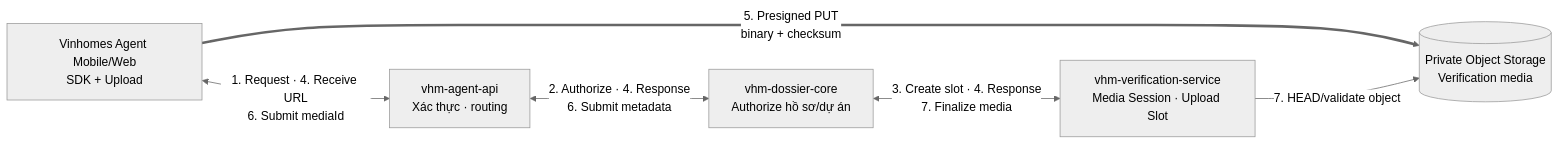
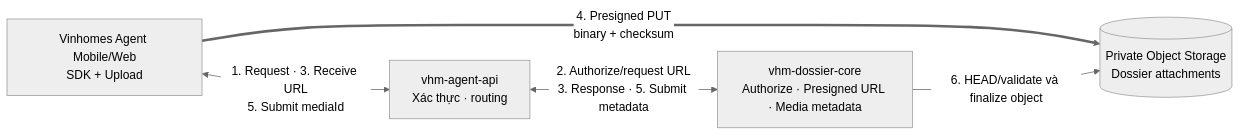
The first of 10 diagrams in noxh.md (huynv-xyz/vhm), drawn with Mermaid (neutral theme) before and after one commit. The commit also changed other lines of this file, not shown here.

````diff
--- a/noxh.md
+++ b/noxh.md
@@ -141,14 +141,12 @@
 ```mermaid
 flowchart LR
     AGENT["Vinhomes Agent Mobile/Web<br/>SDK + Upload"]
     BFF["vhm-agent-api<br/>Xác thực · routing"]
-    NOXH["vhm-dossier-core<br/>Authorize hồ sơ/dự án"]
-    VERIFY["vhm-verification-service<br/>Media Session · Upload Slot"]
-    MEDIA[("Private Object Storage<br/>Verification media")]
+    NOXH["vhm-dossier-core<br/>Authorize · Presigned URL · Media metadata"]
+    MEDIA[("Private Object Storage<br/>Dossier attachments")]
 
-    AGENT <-->|"1. Request · 4. Receive URL<br/>6. Submit mediaId"| BFF
-    BFF <-->|"2. Authorize · 4. Response<br/>6. Submit metadata"| NOXH
-    NOXH <-->|"3. Create slot · 4. Response<br/>7. Finalize media"| VERIFY
-    AGENT ==>|"5. Presigned PUT<br/>binary + checksum"| MEDIA
-    VERIFY -->|"7. HEAD/validate object"| MEDIA
+    AGENT <-->|"1. Request · 3. Receive URL<br/>5. Submit mediaId"| BFF
+    BFF <-->|"2. Authorize/request URL<br/>3. Response · 5. Submit metadata"| NOXH
+    AGENT ==>|"4. Presigned PUT<br/>binary + checksum"| MEDIA
+    NOXH -->|"6. HEAD/validate và finalize object"| MEDIA
 ```
````
